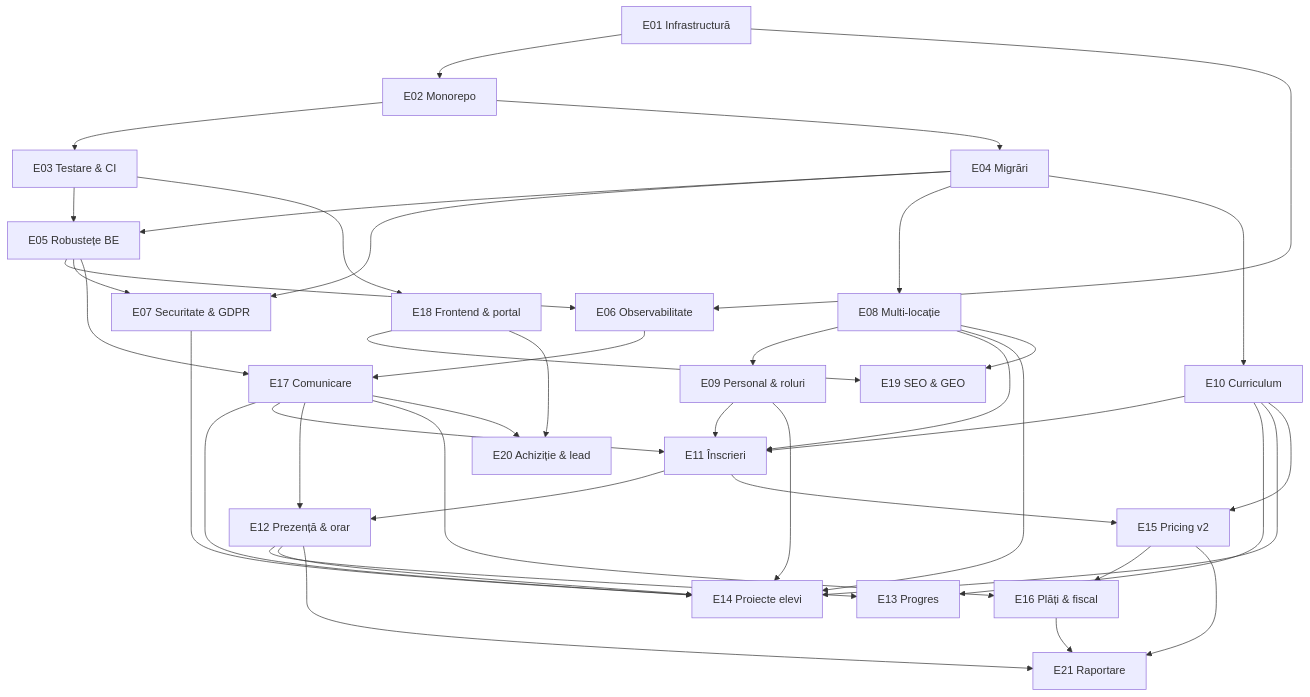
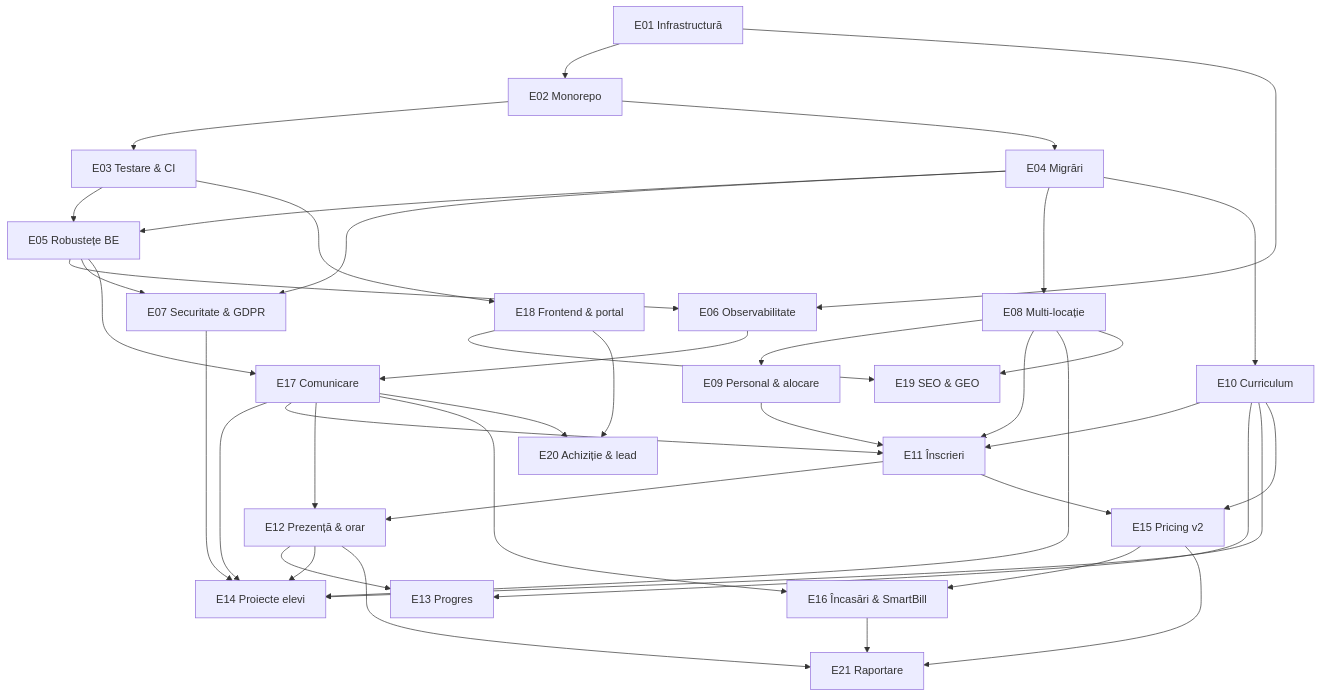
Before and after one commit to AlexePaul/ITBridge: the diagram in docs/epics/README.md, drawn with Mermaid. The commit also changed other lines of this file and 10 other files, not shown here.

````diff
--- a/docs/epics/README.md
+++ b/docs/epics/README.md
@@ -97,43 +103,42 @@
 ```mermaid
 graph TD
   E01[E01 Infrastructură] --> E02[E02 Monorepo]
   E02 --> E03[E03 Testare & CI]
   E02 --> E04[E04 Migrări]
   E03 --> E05[E05 Robustețe BE]
   E04 --> E05
   E01 --> E06[E06 Observabilitate]
   E05 --> E06
   E04 --> E07[E07 Securitate & GDPR]
   E05 --> E07
   E04 --> E08[E08 Multi-locație]
-  E08 --> E09[E09 Personal & roluri]
+  E08 --> E09[E09 Personal & alocare]
   E04 --> E10[E10 Curriculum]
   E08 --> E11[E11 Înscrieri]
   E09 --> E11
   E10 --> E11
   E11 --> E12[E12 Prezență & orar]
   E10 --> E13[E13 Progres]
   E12 --> E13
   E07 --> E14[E14 Proiecte elevi]
   E08 --> E14
-  E09 --> E14
   E10 --> E14
   E12 --> E14
   E17 --> E14
   E10 --> E15[E15 Pricing v2]
   E11 --> E15
-  E15 --> E16[E16 Plăți & fiscal]
+  E15 --> E16[E16 Încasări & SmartBill]
   E05 --> E17[E17 Comunicare]
   E06 --> E17
   E17 --> E11
   E17 --> E12
   E17 --> E16
   E03 --> E18[E18 Frontend & portal]
   E08 --> E19[E19 SEO & GEO]
   E18 --> E19
   E17 --> E20[E20 Achiziție & lead]
   E18 --> E20
   E12 --> E21[E21 Raportare]
   E15 --> E21
   E16 --> E21
 ```
````
